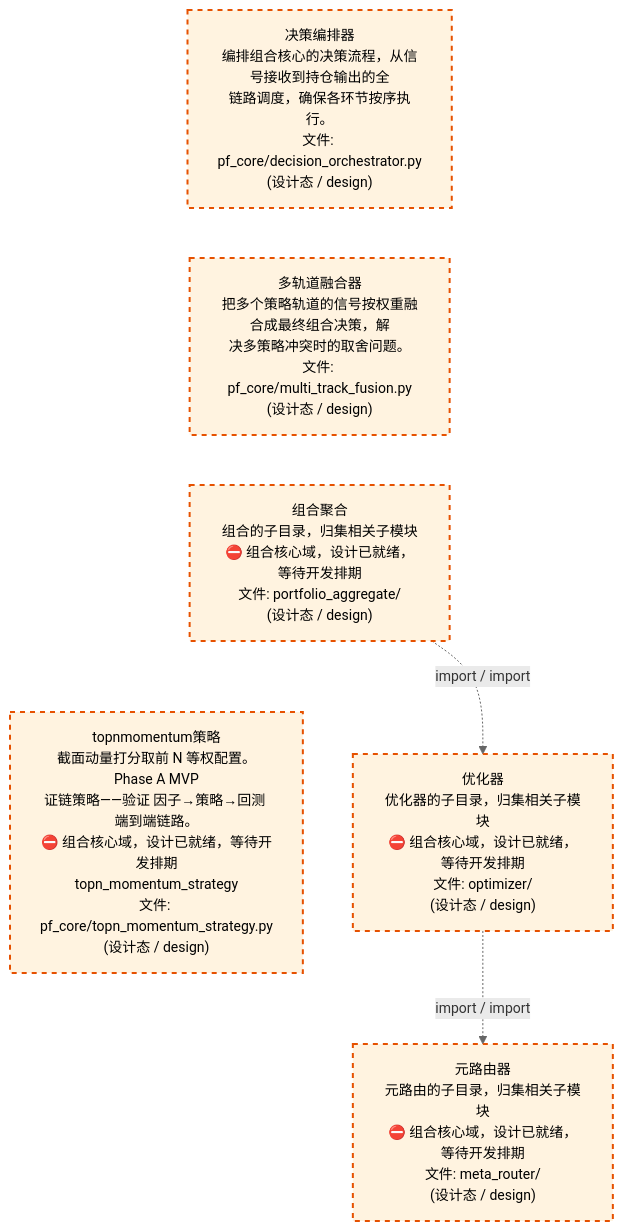
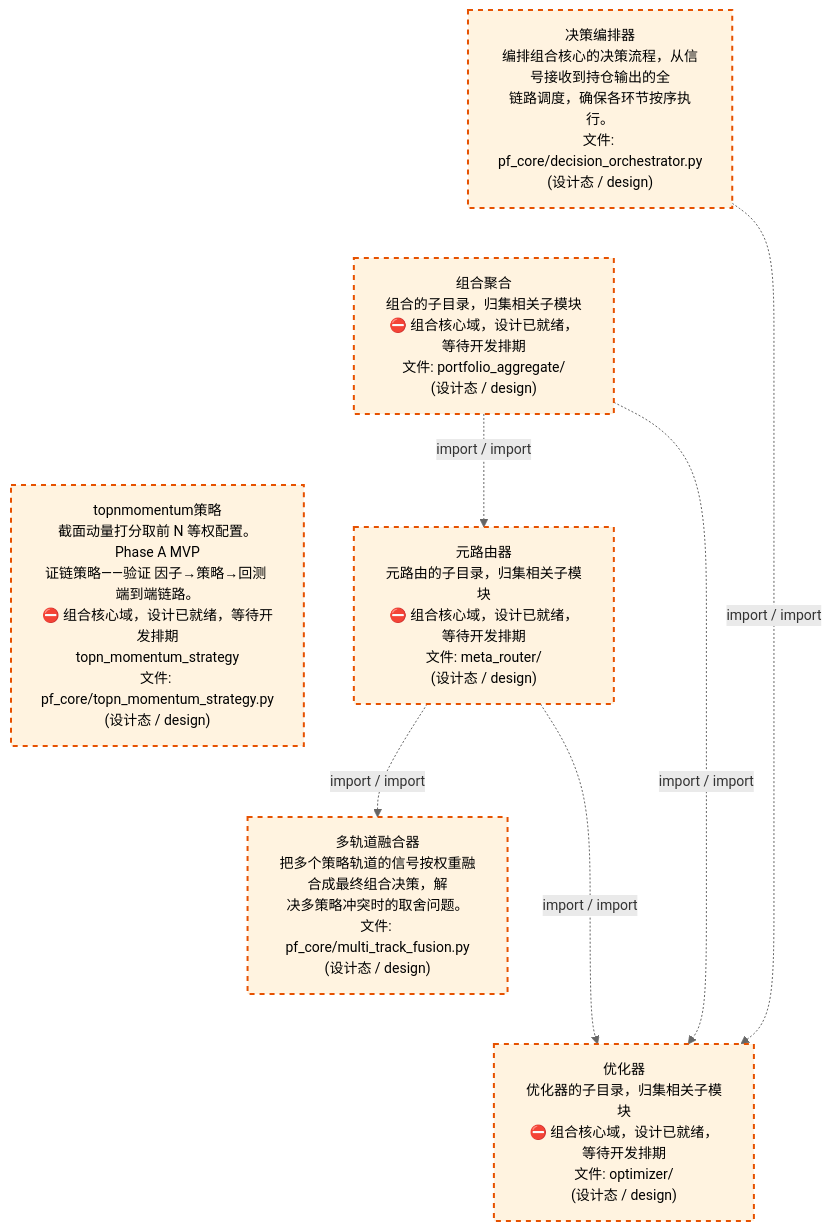
The third of 4 diagrams in docs/02_enterprise_architecture/02_domain_architecture_docs/63_d_pf_core.md (xuanFelixVan/ZephyrAlpha), drawn with Mermaid before and after one commit. The commit also changed other lines of this file and 46 other files, not shown here.

````diff
--- a/docs/02_enterprise_architecture/02_domain_architecture_docs/63_d_pf_core.md
+++ b/docs/02_enterprise_architecture/02_domain_architecture_docs/63_d_pf_core.md
@@ -179,20 +184,23 @@
 ```mermaid
 %%{init: {'theme': 'base', 'themeVariables': {'primaryColor': '#eaeaea', 'primaryTextColor': '#333333', 'primaryBorderColor': '#666666', 'lineColor': '#666666', 'secondaryColor': '#eaeaea', 'tertiaryColor': '#eaeaea', 'fontSize': '14px'}}}%%
 flowchart TD
     src_zephyr_pf_core_decision_orchestrator_py["决策编排器<br/>编排组合核心的决策流程，从信号接收到持仓输出的全<br/>链路调度，确保各环节按序执行。<br/>文件: pf_core/decision_orchestrator.py<br/>(设计态 / design)"]
-    src_zephyr_pf_core_multi_track_fusion_py["多轨道融合器<br/>把多个策略轨道的信号按权重融合成最终组合决策，解<br/>决多策略冲突时的取舍问题。<br/>文件: pf_core/multi_track_fusion.py<br/>(设计态 / design)"]
     src_zephyr_pf_core_portfolio_aggregate["组合聚合<br/>组合的子目录，归集相关子模块<br/>⛔ 组合核心域，设计已就绪，等待开发排期<br/>文件: portfolio_aggregate/<br/>(设计态 / design)"]
     src_zephyr_pf_core_topn_momentum_strategy_py["topnmomentum策略<br/>截面动量打分取前 N 等权配置。Phase A MVP<br/>证链策略——验证 因子→策略→回测 端到端链路。<br/>⛔ 组合核心域，设计已就绪，等待开发排期<br/>topn_momentum_strategy<br/>文件: pf_core/topn_momentum_strategy.py<br/>(设计态 / design)"]
-    src_zephyr_pf_core_decision_orchestrator_py ~~~ src_zephyr_pf_core_multi_track_fusion_py
-    src_zephyr_pf_core_multi_track_fusion_py ~~~ src_zephyr_pf_core_portfolio_aggregate
+    src_zephyr_pf_core_decision_orchestrator_py ~~~ src_zephyr_pf_core_portfolio_aggregate
     src_zephyr_pf_core_portfolio_aggregate ~~~ src_zephyr_pf_core_topn_momentum_strategy_py
+    src_zephyr_pf_core_meta_router["元路由器<br/>元路由的子目录，归集相关子模块<br/>⛔ 组合核心域，设计已就绪，等待开发排期<br/>文件: meta_router/<br/>(设计态 / design)"]
+    src_zephyr_pf_core_multi_track_fusion_py["多轨道融合器<br/>把多个策略轨道的信号按权重融合成最终组合决策，解<br/>决多策略冲突时的取舍问题。<br/>文件: pf_core/multi_track_fusion.py<br/>(设计态 / design)"]
     src_zephyr_pf_core_optimizer["优化器<br/>优化器的子目录，归集相关子模块<br/>⛔ 组合核心域，设计已就绪，等待开发排期<br/>文件: optimizer/<br/>(设计态 / design)"]
-    src_zephyr_pf_core_meta_router["元路由器<br/>元路由的子目录，归集相关子模块<br/>⛔ 组合核心域，设计已就绪，等待开发排期<br/>文件: meta_router/<br/>(设计态 / design)"]
-    src_zephyr_pf_core_optimizer -.->|import / import| src_zephyr_pf_core_meta_router
+    src_zephyr_pf_core_multi_track_fusion_py ~~~ src_zephyr_pf_core_optimizer
+    src_zephyr_pf_core_meta_router -.->|import / import| src_zephyr_pf_core_optimizer
+    src_zephyr_pf_core_meta_router -.->|import / import| src_zephyr_pf_core_multi_track_fusion_py
     src_zephyr_pf_core_portfolio_aggregate -.->|import / import| src_zephyr_pf_core_optimizer
+    src_zephyr_pf_core_portfolio_aggregate -.->|import / import| src_zephyr_pf_core_meta_router
+    src_zephyr_pf_core_decision_orchestrator_py -.->|import / import| src_zephyr_pf_core_optimizer
     classDef production fill:#e1f5fe,stroke:#01579b,stroke-width:2px,color:#000
     classDef design fill:#fff3e0,stroke:#e65100,stroke-width:2px,color:#000,stroke-dasharray: 5 5
     classDef external_prod fill:#e8f4fd,stroke:#0277bd,stroke-width:1px,color:#000
     classDef external_design fill:#fff8e7,stroke:#ef6c00,stroke-width:1px,color:#000,stroke-dasharray: 5 5
     class src_zephyr_pf_core_decision_orchestrator_py,src_zephyr_pf_core_meta_router,src_zephyr_pf_core_multi_track_fusion_py,src_zephyr_pf_core_optimizer,src_zephyr_pf_core_portfolio_aggregate,src_zephyr_pf_core_topn_momentum_strategy_py design
 ```
````
